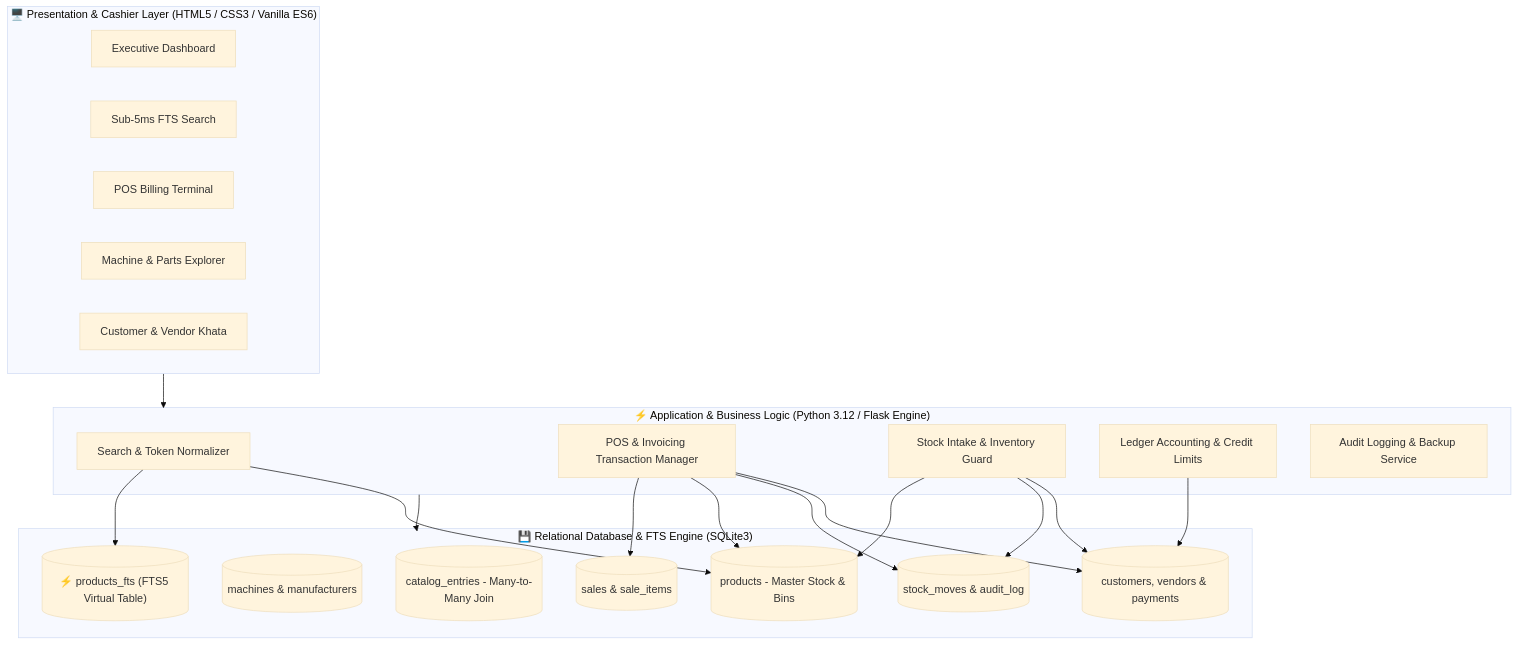
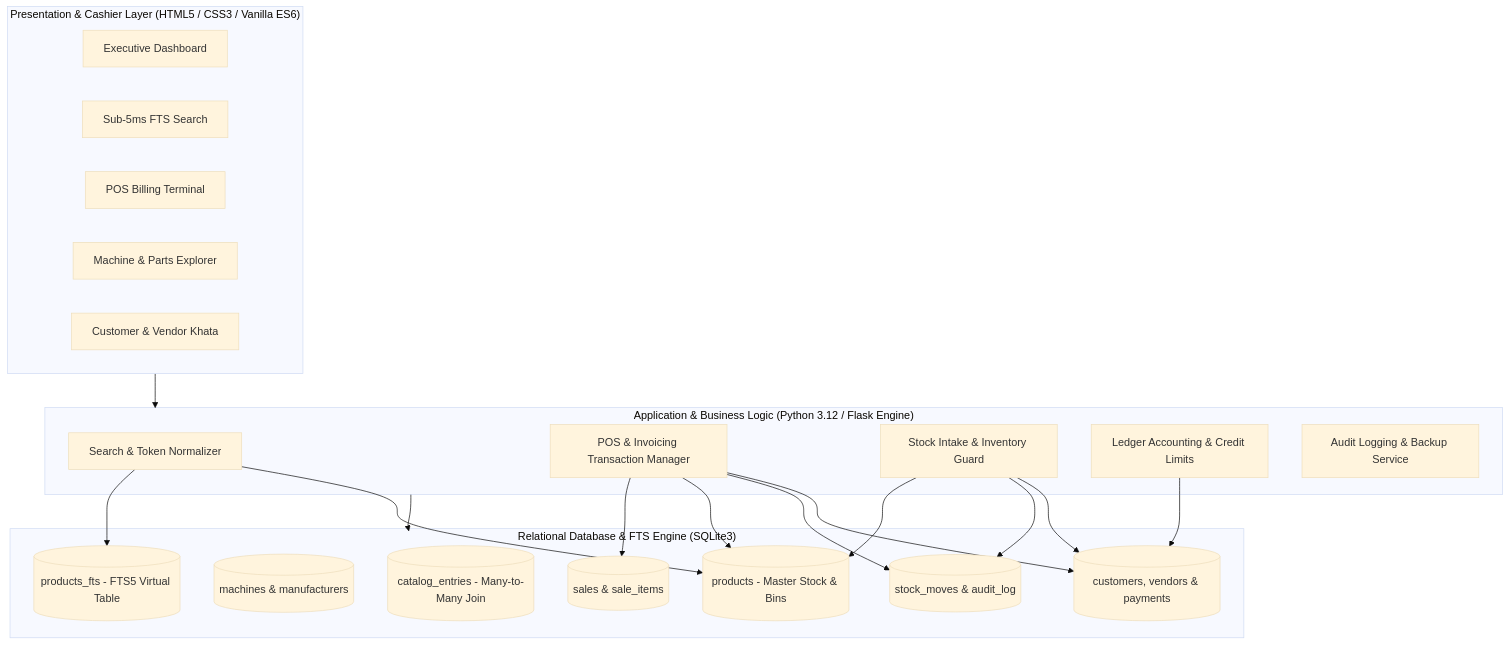
The first of 2 diagrams in README.md (Emanyahyadev/Spare-Parts-Management-System), drawn with Mermaid (base theme) before and after one commit. The commit also changed other lines of this file, not shown here.

Commit message:
Update README: Brand for Munir Enterprises client deployment and clean asset paths

````diff
--- a/README.md
+++ b/README.md
@@ -331,42 +335,42 @@
 ```mermaid
 graph TD
-    subgraph ClientLayer ["🖥️ Presentation & Cashier Layer (HTML5 / CSS3 / Vanilla ES6)"]
+    subgraph ClientLayer ["Presentation & Cashier Layer (HTML5 / CSS3 / Vanilla ES6)"]
         UI_Dash[Executive Dashboard]
         UI_FTS[Sub-5ms FTS Search]
         UI_POS[POS Billing Terminal]
         UI_Cat[Machine & Parts Explorer]
         UI_Ledger[Customer & Vendor Khata]
     end
 
-    subgraph AppLayer ["⚡ Application & Business Logic (Python 3.12 / Flask Engine)"]
+    subgraph AppLayer ["Application & Business Logic (Python 3.12 / Flask Engine)"]
         Ctrl_Search[Search & Token Normalizer]
         Ctrl_POS[POS & Invoicing Transaction Manager]
         Ctrl_Stock[Stock Intake & Inventory Guard]
         Ctrl_Khata[Ledger Accounting & Credit Limits]
         Ctrl_Audit[Audit Logging & Backup Service]
     end
 
-    subgraph StorageLayer ["💾 Relational Database & FTS Engine (SQLite3)"]
+    subgraph StorageLayer ["Relational Database & FTS Engine (SQLite3)"]
         DB_Prod[(products - Master Stock & Bins)]
         DB_Mach[(machines & manufacturers)]
         DB_CatEntry[(catalog_entries - Many-to-Many Join)]
         DB_Sales[(sales & sale_items)]
         DB_Khata[(customers, vendors & payments)]
         DB_Moves[(stock_moves & audit_log)]
-        DB_FTS5[("⚡ products_fts (FTS5 Virtual Table)")]
+        DB_FTS5[(products_fts - FTS5 Virtual Table)]
     end
 
     ClientLayer --> AppLayer
     AppLayer --> StorageLayer
 
     Ctrl_Search --> DB_FTS5
     Ctrl_Search --> DB_Prod
     Ctrl_POS --> DB_Sales
     Ctrl_POS --> DB_Prod
     Ctrl_POS --> DB_Moves
     Ctrl_POS --> DB_Khata
     Ctrl_Stock --> DB_Prod
     Ctrl_Stock --> DB_Moves
     Ctrl_Stock --> DB_Khata
     Ctrl_Khata --> DB_Khata
 ```
````
